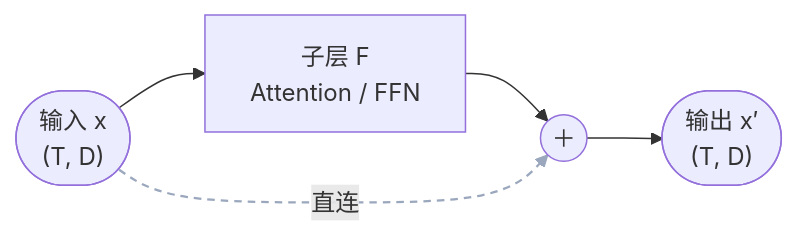
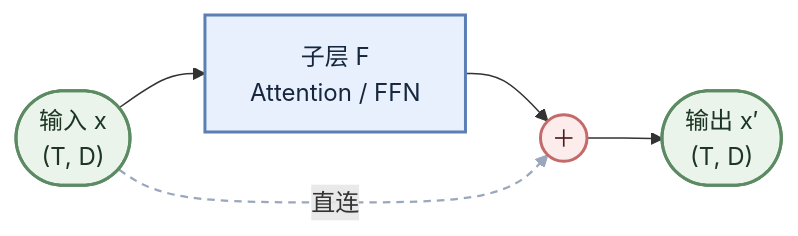
The second of 8 diagrams in vllm_ascend/models/deepseek_v4/dsv4_docs/mhc.md (GoCHug/vllm-ascend), drawn with Mermaid before and after one commit. The commit also changed other lines of this file, not shown here.

````diff
--- a/vllm_ascend/models/deepseek_v4/dsv4_docs/mhc.md
+++ b/vllm_ascend/models/deepseek_v4/dsv4_docs/mhc.md
@@ -76,8 +85,14 @@
 ```mermaid
 flowchart LR
     X(["输入 x<br/>(T, D)"]) --> F["子层 F<br/>Attention / FFN"]
     F --> ADD(("＋"))
     X -.->|"直连"| ADD
     ADD --> Y(["输出 x′<br/>(T, D)"])
     linkStyle 2 stroke:#9aa7bd,stroke-width:1.5px,stroke-dasharray:5 4;
+    classDef io fill:#eaf4ea,stroke:#5c8a63,stroke-width:2px,color:#1d3524;
+    classDef op fill:#e8f0fe,stroke:#5b7fb5,stroke-width:2px,color:#16273d;
+    classDef mix fill:#fdecec,stroke:#c46a6a,stroke-width:2px,color:#4a1d1d;
+    class X,Y io;
+    class F op;
+    class ADD mix;
 ```
````
